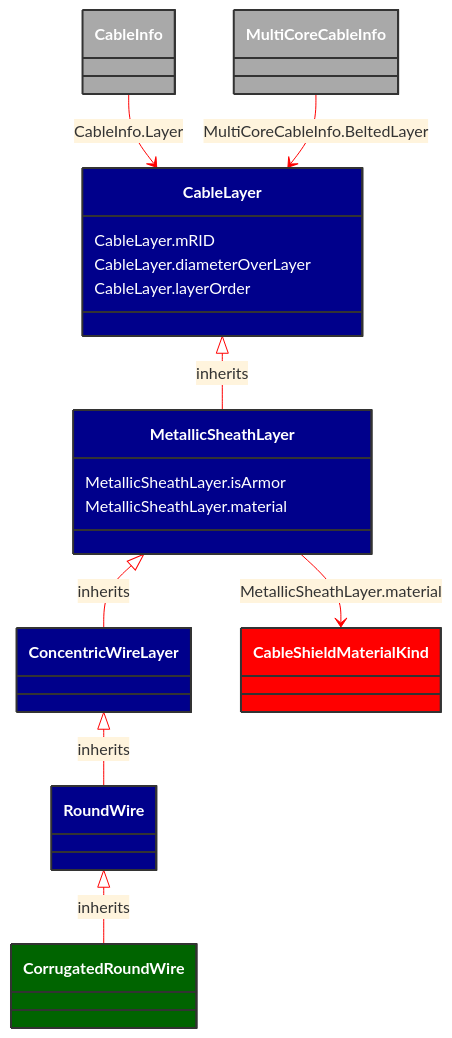
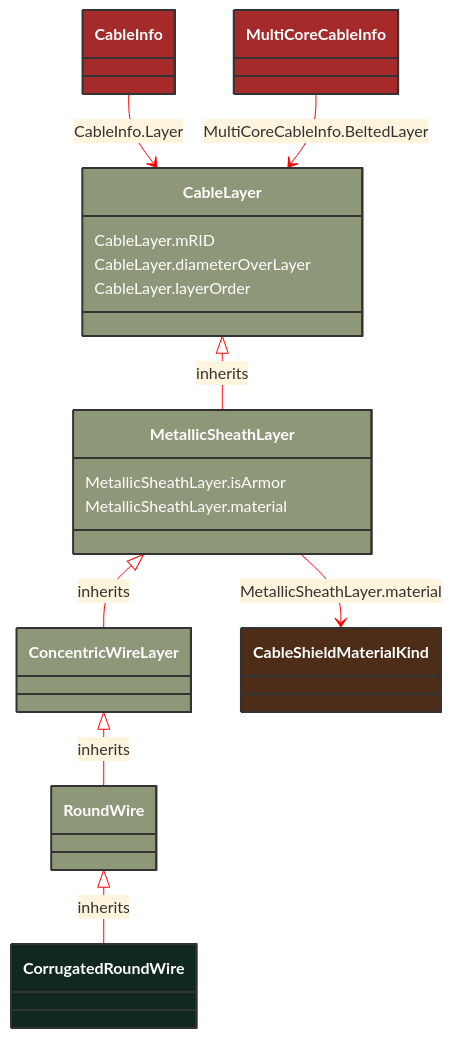
The diagram in docs/Models/Profiles/SubseaCableInfo/ConcreteClasses/CorrugatedRoundWire.md (3lbits/NoCIMExtensions), drawn with Mermaid before and after one commit. The commit also changed 190 other files, not shown here.

````diff
--- a/docs/Models/Profiles/SubseaCableInfo/ConcreteClasses/CorrugatedRoundWire.md
+++ b/docs/Models/Profiles/SubseaCableInfo/ConcreteClasses/CorrugatedRoundWire.md
@@ -8,52 +8,48 @@
 ```mermaid
 %%{init: {'theme':'base','themeVariables': {'lineColor': '#FF0000'}}}%%
 classDiagram
     class CorrugatedRoundWire
     click CorrugatedRoundWire href "/Models/Profiles/SubseaCableInfo/ConcreteClasses/CorrugatedRoundWire/"
-    style CorrugatedRoundWire fill:#006400,stroke:#333,stroke-width:2px,rx:10,ry:10,color:white
-
+    style CorrugatedRoundWire fill:#102820,stroke:#333,stroke-width:2px,rx:10,ry:10,color:white
+     
         RoundWire <|-- CorrugatedRoundWire : inherits
             click RoundWire href "/Models/Profiles/SubseaCableInfo/ConcreteClasses/RoundWire/"
-            style RoundWire fill:#00008B,stroke:#333,stroke-width:2px,rx:10,ry:10,color:white
-
-        CorrugatedRoundWire
-            click CorrugatedRoundWire href "/Models/Profiles/SubseaCableInfo/ConcreteClasses/CorrugatedRoundWire/"
-            style RoundWire fill:#00008B,stroke:#333,stroke-width:2px,rx:10,ry:10,color:white
-
+            style RoundWire fill:#8F9779,stroke:#333,stroke-width:2px,rx:10,ry:10,color:white
+     
         ConcentricWireLayer <|-- RoundWire : inherits
             click ConcentricWireLayer href "/Models/Profiles/SubseaCableInfo/ConcreteClasses/ConcentricWireLayer/"
-            style ConcentricWireLayer fill:#00008B,stroke:#333,stroke-width:2px,rx:10,ry:10,color:white
-
+            style ConcentricWireLayer fill:#8F9779,stroke:#333,stroke-width:2px,rx:10,ry:10,color:white
+     
         MetallicSheathLayer <|-- ConcentricWireLayer : inherits
             click MetallicSheathLayer href "/Models/Profiles/SubseaCableInfo/ConcreteClasses/MetallicSheathLayer/"
-            style MetallicSheathLayer fill:#00008B,stroke:#333,stroke-width:2px,rx:10,ry:10,color:white
-
+            style MetallicSheathLayer fill:#8F9779,stroke:#333,stroke-width:2px,rx:10,ry:10,color:white
+     
         CableLayer <|-- MetallicSheathLayer : inherits
             click CableLayer href "/Models/Profiles/SubseaCableInfo/AbstractClasses/CableLayer/"
-            style CableLayer fill:#00008B,stroke:#333,stroke-width:2px,rx:10,ry:10,color:white
+            style CableLayer fill:#8F9779,stroke:#333,stroke-width:2px,rx:10,ry:10,color:white
 
 
         CableInfo --> CableLayer : CableInfo.Layer
 
         CableInfo
             click CableInfo href "/Models/Profiles/SubseaCableInfo/ConcreteClasses/CableInfo/"
-            style CableInfo fill:#A9A9A9,stroke:#333,stroke-width:2px,rx:10,ry:10,color:white
+            style CableInfo fill:#A52A2A,stroke:#333,stroke-width:2px,rx:10,ry:10,color:white
 
         MultiCoreCableInfo --> CableLayer : MultiCoreCableInfo.BeltedLayer
 
         MultiCoreCableInfo
             click MultiCoreCableInfo href "/Models/Profiles/SubseaCableInfo/ConcreteClasses/MultiCoreCableInfo/"
-            style MultiCoreCableInfo fill:#A9A9A9,stroke:#333,stroke-width:2px,rx:10,ry:10,color:white
+            style MultiCoreCableInfo fill:#A52A2A,stroke:#333,stroke-width:2px,rx:10,ry:10,color:white
 
         MetallicSheathLayer --> CableShieldMaterialKind : MetallicSheathLayer.material
 
         CableShieldMaterialKind
             click CableShieldMaterialKind href "/Models/Profiles/SubseaCableInfo/Enumerations/CableShieldMaterialKind/"
-            style CableShieldMaterialKind fill:#FF0000,stroke:#333,stroke-width:2px,rx:10,ry:10,color:white
+            style CableShieldMaterialKind fill:#4D2D18,stroke:#333,stroke-width:2px,rx:10,ry:10,color:white
 
         MetallicSheathLayer : MetallicSheathLayer.isArmor
         MetallicSheathLayer : MetallicSheathLayer.material
         CableLayer : CableLayer.mRID
         CableLayer : CableLayer.diameterOverLayer
         CableLayer : CableLayer.layerOrder
 ```
````
